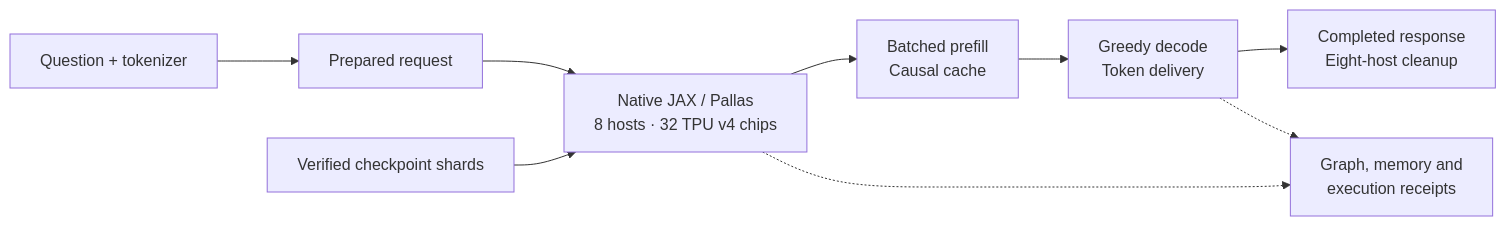
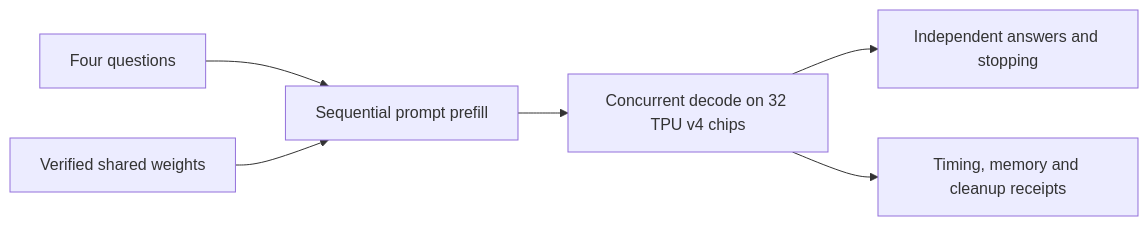
The diagram in README.md (GianluigiVitale/glm-tpu), drawn with Mermaid before and after one commit. The commit also changed other lines of this file and 15 other files, not shown here.

Commit message:
Release GLM-5.3 with four verified concurrent answers and reviewer documentation

````diff
--- a/README.md
+++ b/README.md
@@ -56,11 +35,8 @@
 ```mermaid
 flowchart LR
-    Q["Question + tokenizer"] --> R["Prepared request"]
-    W["Verified checkpoint shards"] --> E["Native JAX / Pallas<br/>8 hosts · 32 TPU v4 chips"]
-    R --> E
-    E --> P["Batched prefill<br/>Causal cache"]
-    P --> D["Greedy decode<br/>Token delivery"]
-    D --> A["Completed response<br/>Eight-host cleanup"]
-    E -.-> V["Graph, memory and<br/>execution receipts"]
-    D -.-> V
+    Q[Four questions] --> P[Sequential prompt prefill]
+    W[Verified shared weights] --> P
+    P --> D[Concurrent decode on 32 TPU v4 chips]
+    D --> A[Independent answers and stopping]
+    D --> R[Timing, memory and cleanup receipts]
 ```
````
